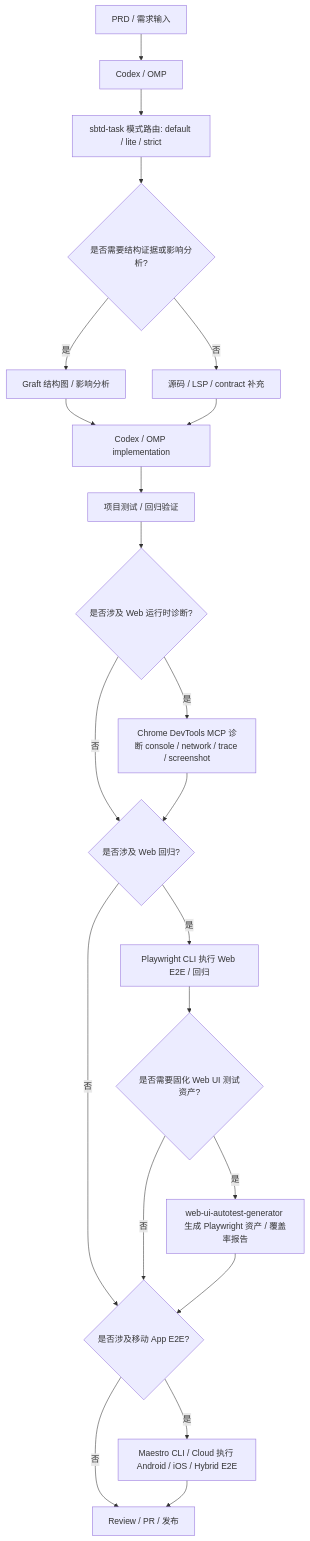
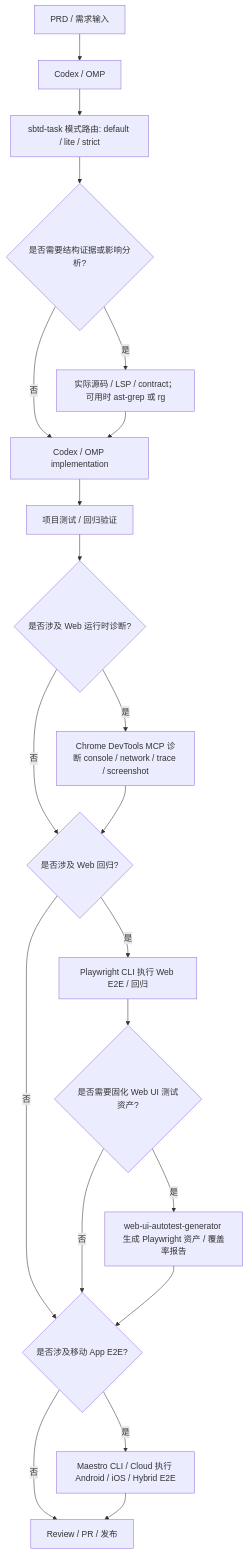
The diagram in ENTRYPOINT.md (KunoLu/640-skills), drawn with Mermaid before and after one commit. The commit also changed other lines of this file and 103 other files, not shown here.

````diff
--- a/ENTRYPOINT.md
+++ b/ENTRYPOINT.md
@@ -58,24 +58,23 @@
 ```mermaid
 flowchart TD
     A[PRD / 需求输入] --> B[Codex / OMP]
     B --> C[sbtd-task 模式路由: default / lite / strict]
     C --> D{是否需要结构证据或影响分析?}
-    D -- 是 --> E[Graft 结构图 / 影响分析]
-    D -- 否 --> F[源码 / LSP / contract 补充]
-    E --> G[Codex / OMP implementation]
-    F --> G
+    D -- 是 --> E[实际源码 / LSP / contract；可用时 ast-grep 或 rg]
+    D -- 否 --> G[Codex / OMP implementation]
+    E --> G
     G --> H[项目测试 / 回归验证]
     H --> I{是否涉及 Web 运行时诊断?}
     I -- 是 --> J[Chrome DevTools MCP 诊断 console / network / trace / screenshot]
     I -- 否 --> K{是否涉及 Web 回归?}
     J --> K
     K -- 是 --> L[Playwright CLI 执行 Web E2E / 回归]
     K -- 否 --> M{是否涉及移动 App E2E?}
     L --> N{是否需要固化 Web UI 测试资产?}
     N -- 是 --> O[web-ui-autotest-generator 生成 Playwright 资产 / 覆盖率报告]
     N -- 否 --> M
     O --> M
     M -- 是 --> P[Maestro CLI / Cloud 执行 Android / iOS / Hybrid E2E]
     M -- 否 --> Q[Review / PR / 发布]
     P --> Q
 ```
````
